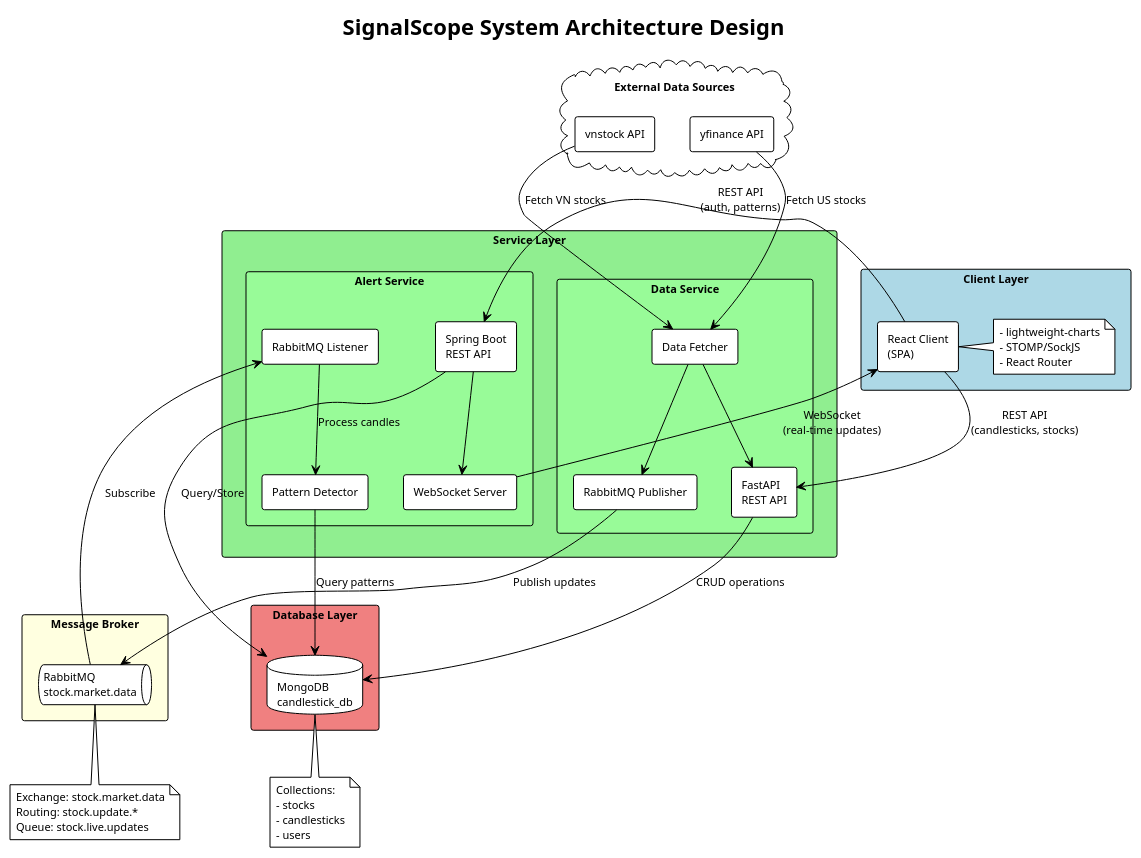
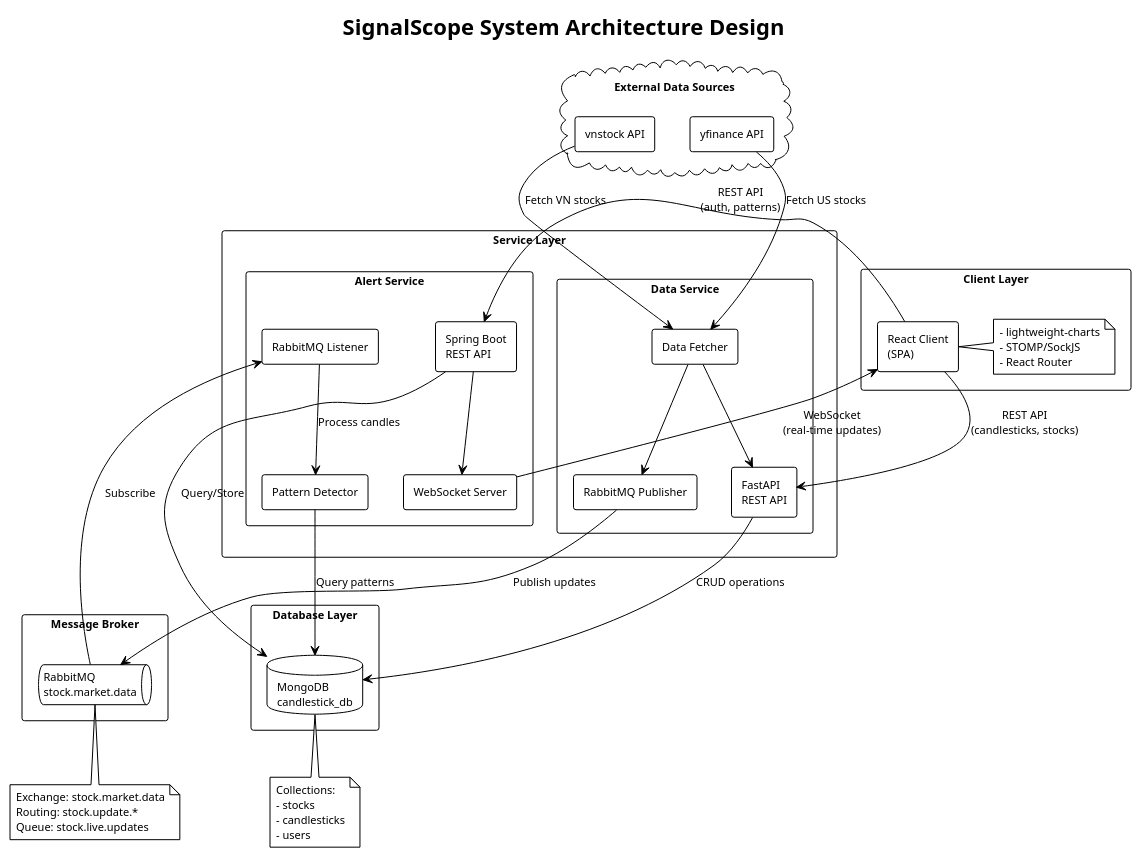
Before and after one commit to enel2906/graduation-thesis-diagram: the diagram in chapter4/system-architecture.puml, drawn with PlantUML. The commit also changed 3 other files, not shown here.

Commit message:
update diagram chapter4

```diff
--- a/chapter4/system-architecture.puml
+++ b/chapter4/system-architecture.puml
@@ -1,89 +1,89 @@
 @startuml system-architecture
 
 !theme plain
 skinparam backgroundColor #FFFFFF
 skinparam componentStyle rectangle
 skinparam defaultFontName Arial
 skinparam defaultFontSize 11
 
 title SignalScope System Architecture Design
 
 ' External data sources
 cloud "External Data Sources" {
     [vnstock API] as vnstock
     [yfinance API] as yfinance
 }
 
 ' Client Layer
-rectangle "Client Layer" #LightBlue {
+rectangle "Client Layer" #White {
     [React Client\n(SPA)] as client
     note right of client
         - lightweight-charts
         - STOMP/SockJS
         - React Router
     end note
 }
 
 ' Service Layer
-rectangle "Service Layer" #LightGreen {
-    rectangle "Data Service" #PaleGreen {
+rectangle "Service Layer" #White {
+    rectangle "Data Service" #White {
         [FastAPI\nREST API] as dataApi
         [Data Fetcher] as fetcher
         [RabbitMQ Publisher] as publisher
     }
     
-    rectangle "Alert Service" #PaleGreen {
+    rectangle "Alert Service" #White {
         [Spring Boot\nREST API] as alertApi
         [Pattern Detector] as detector
         [RabbitMQ Listener] as listener
         [WebSocket Server] as wsServer
     }
 }
 
 ' Message Broker
-rectangle "Message Broker" #LightYellow {
+rectangle "Message Broker" #White {
     queue "RabbitMQ\nstock.market.data" as rabbitmq
 }
 
 ' Database Layer
-rectangle "Database Layer" #LightCoral {
+rectangle "Database Layer" #White {
     database "MongoDB\ncandlestick_db" as mongodb
 }
 
 ' Connections - External to Data Service
 vnstock --> fetcher : "Fetch VN stocks"
 yfinance --> fetcher : "Fetch US stocks"
 
 ' Data Service internal connections
 fetcher --> dataApi
 fetcher --> publisher
 dataApi --> mongodb : "CRUD operations"
 publisher --> rabbitmq : "Publish updates"
 
 ' Alert Service connections
 rabbitmq --> listener : "Subscribe"
 listener --> detector : "Process candles"
 detector --> mongodb : "Query patterns"
 alertApi --> mongodb : "Query/Store"
 alertApi --> wsServer
 
 ' Client connections
 client --> dataApi : "REST API\n(candlesticks, stocks)"
 client --> alertApi : "REST API\n(auth, patterns)"
 wsServer --> client : "WebSocket\n(real-time updates)"
 
 ' Notes
 note bottom of mongodb
     Collections:
     - stocks
     - candlesticks
     - users
 end note
 
 note bottom of rabbitmq
     Exchange: stock.market.data
     Routing: stock.update.*
     Queue: stock.live.updates
 end note
 
 @enduml
```
